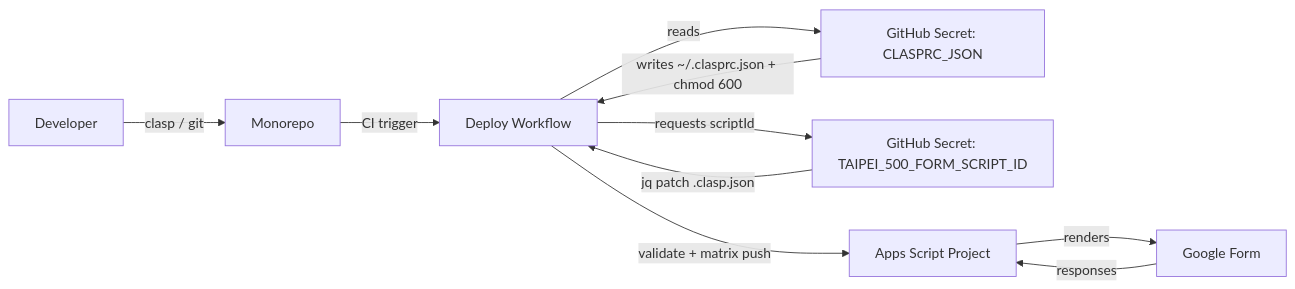
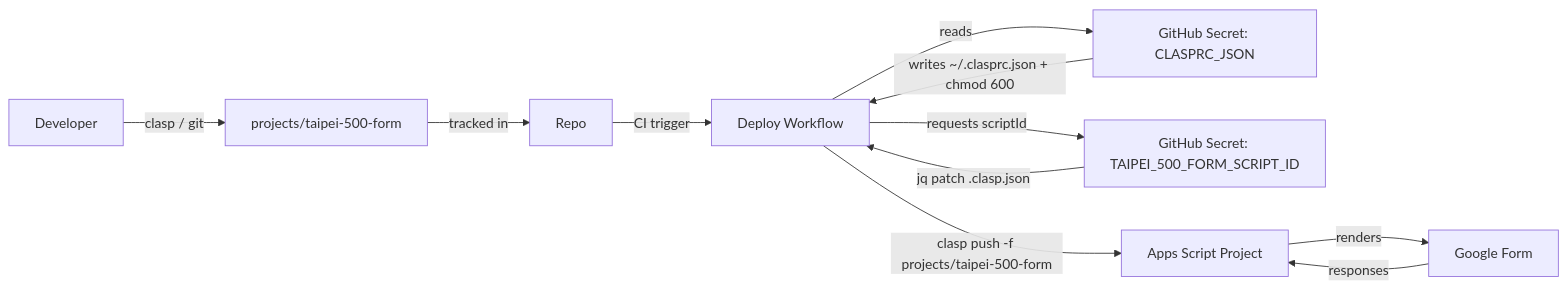
Before and after one commit to muyueh/clasp-from-fresh: the fourth of 5 diagrams in README.md, drawn with Mermaid. The commit also changed other lines of this file and 5 other files, not shown here.

Commit message:
Folderize taipei 500 GAS project

````diff
--- a/README.md
+++ b/README.md
@@ -59,19 +60,21 @@
 ```mermaid
 flowchart LR
     Dev[Developer]
-    Repo[Monorepo]
+    Project[projects/taipei-500-form]
+    Repo[Repo]
     Secrets[GitHub Secret: CLASPRC_JSON]
     ScriptIdSecret[GitHub Secret: TAIPEI_500_FORM_SCRIPT_ID]
     Workflow[Deploy Workflow]
     GAS[Apps Script Project]
     Form[Google Form]
-    Dev -->|clasp / git| Repo
+    Dev -->|clasp / git| Project
+    Project -->|tracked in| Repo
     Repo -->|CI trigger| Workflow
     Workflow -->|reads| Secrets
     Secrets -->|writes ~/.clasprc.json + chmod 600| Workflow
     Workflow -->|requests scriptId| ScriptIdSecret
     ScriptIdSecret -->|jq patch .clasp.json| Workflow
-    Workflow -->|validate + matrix push| GAS
+    Workflow -->|clasp push -f projects/taipei-500-form| GAS
     GAS -->|renders| Form
     Form -->|responses| GAS
 ```
````
